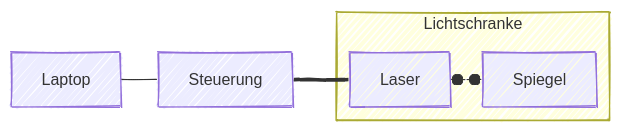
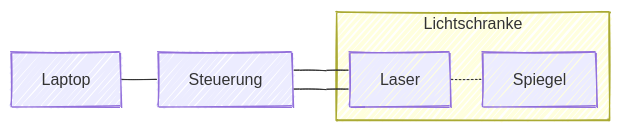
The diagram in README.md (HendrikRauh/MSC-Backnang-Zeitnahme), drawn with Mermaid before and after one commit.

Commit message:
refactor diagram in README for clarity and consistency

````diff
--- a/README.md
+++ b/README.md
@@ -20,14 +20,15 @@
 ```mermaid
 ---
 config:
   look: handDrawn
   layout: elk
 ---
 flowchart LR
-    Laptop --- Steuerung
-    Steuerung ==== Laser
-
-    subgraph Lichtschranke
-        Laser o-...-o Spiegel
-    end
+ subgraph Lichtschranke["Lichtschranke"]
+        Spiegel["Spiegel"]
+        Laser["Laser"]
+  end
+    Laptop["Laptop"] --- Steuerung["Steuerung"]
+    Steuerung --- Laser & Laser
+    Laser -...- Spiegel
 ```
````
